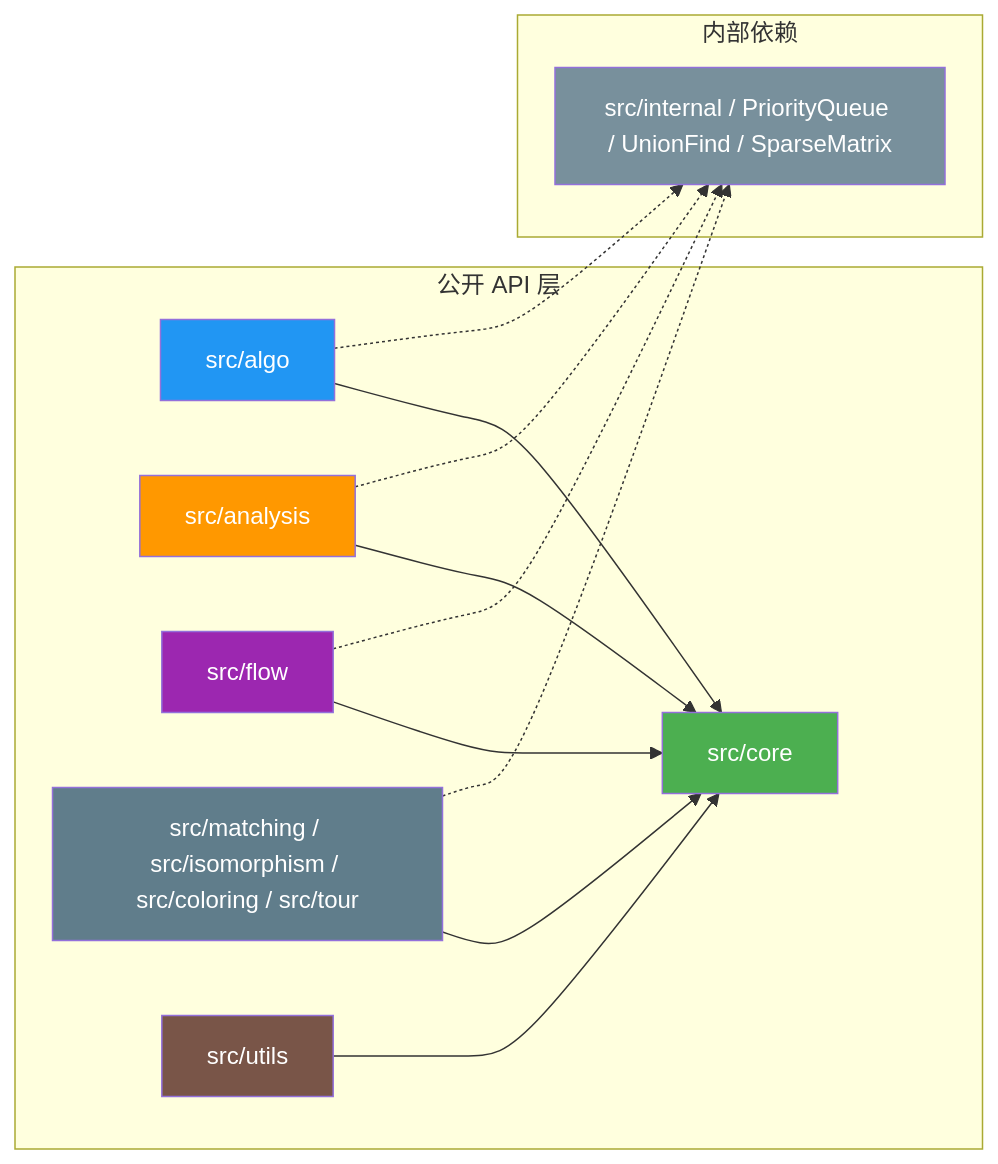
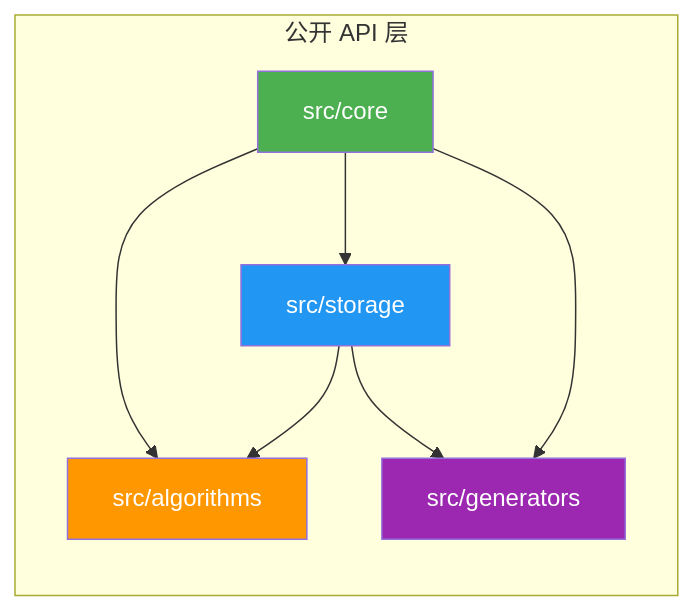
One commit to morning-start/mbtgraph changed the diagram in docs/design/sad.md. Above: the diagram before and after it, drawn with Mermaid. The commit also changed other lines of this file and 1 other file, not shown here.

First line of the commit message:
docs: 更新系统架构设计文档和图形特性文档

````diff
--- a/docs/design/sad.md
+++ b/docs/design/sad.md
@@ -90,34 +65,20 @@
 ```mermaid
 graph LR
     subgraph PublicAPI["公开 API 层"]
         CORE[src/core]
-        ALGO[src/algo]
-        ANALYSIS[src/analysis]
-        FLOW[src/flow]
-        ADVANCED[src/matching / src/isomorphism / src/coloring / src/tour]
-        UTILS[src/utils]
+        STORAGE[src/storage]
+        ALGO[src/algorithms]
+        GEN[src/generators]
     end
 
-    subgraph InternalDep["内部依赖"]
-        INTERNAL[src/internal / PriorityQueue / UnionFind / SparseMatrix]
-    end
-
-    ALGO --> CORE
-    ANALYSIS --> CORE
-    FLOW --> CORE
-    ADVANCED --> CORE
-    UTILS --> CORE
-
-    ALGO -.-> INTERNAL
-    FLOW -.-> INTERNAL
-    ANALYSIS -.-> INTERNAL
-    ADVANCED -.-> INTERNAL
+    CORE --> STORAGE
+    CORE --> ALGO
+    STORAGE --> ALGO
+    STORAGE --> GEN
+    CORE --> GEN
 
     style CORE fill:#4caf50,color:white
-    style ALGO fill:#2196f3,color:white
-    style ANALYSIS fill:#ff9800,color:white
-    style FLOW fill:#9c27b0,color:white
-    style ADVANCED fill:#607d8b,color:white
-    style UTILS fill:#795548,color:white
-    style INTERNAL fill:#78909c,color:white
+    style STORAGE fill:#2196f3,color:white
+    style ALGO fill:#ff9800,color:white
+    style GEN fill:#9c27b0,color:white
 ```
````
